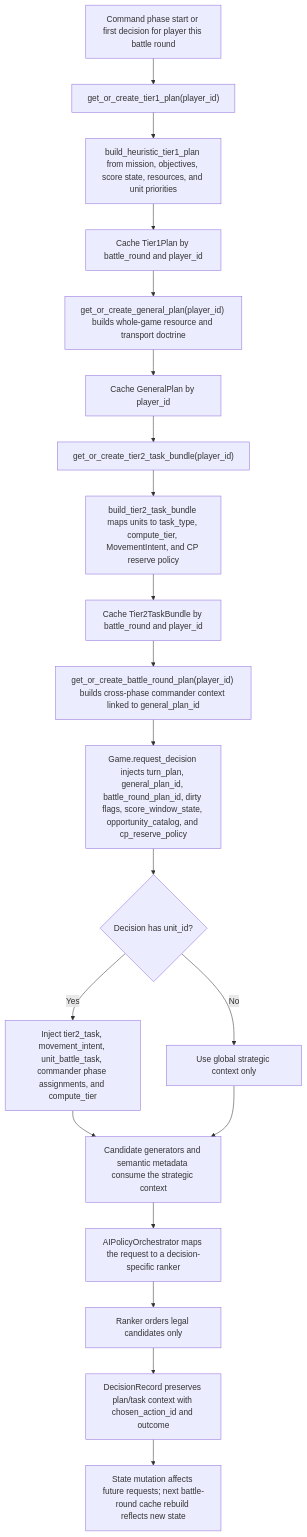
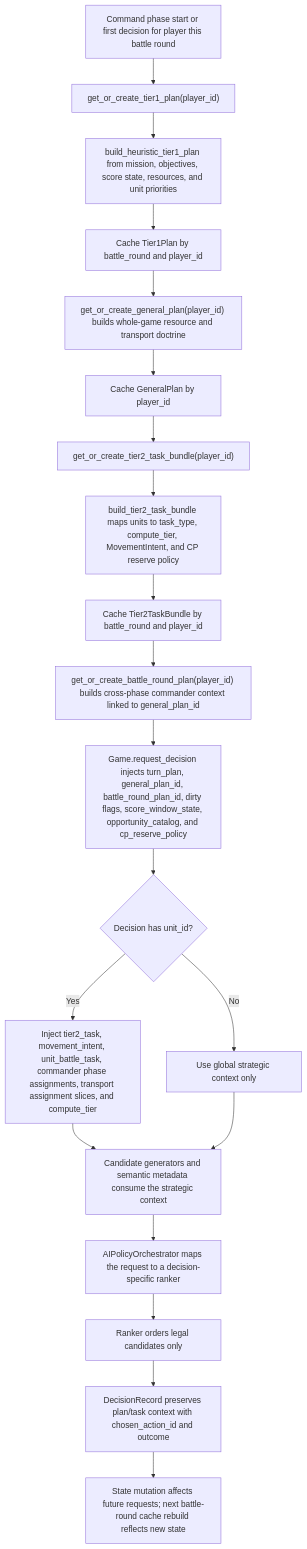
One commit to SobolGaming/Warhammer40k_AI changed the first of 8 diagrams in docs/AI_POLICY_ORCHESTRATION.md. Above: the diagram before and after it, drawn with Mermaid. The commit also changed 9 other files, not shown here.

Commit message:
Add commander transport intent

````diff
--- a/docs/AI_POLICY_ORCHESTRATION.md
+++ b/docs/AI_POLICY_ORCHESTRATION.md
@@ -145,22 +145,22 @@
 ```mermaid
 flowchart TD
   A["Command phase start or first decision for player this battle round"] --> B["get_or_create_tier1_plan(player_id)"]
   B --> C["build_heuristic_tier1_plan from mission, objectives, score state, resources, and unit priorities"]
   C --> D["Cache Tier1Plan by battle_round and player_id"]
   D --> E["get_or_create_general_plan(player_id) builds whole-game resource and transport doctrine"]
   E --> F["Cache GeneralPlan by player_id"]
   F --> G["get_or_create_tier2_task_bundle(player_id)"]
   G --> H["build_tier2_task_bundle maps units to task_type, compute_tier, MovementIntent, and CP reserve policy"]
   H --> I["Cache Tier2TaskBundle by battle_round and player_id"]
   I --> J["get_or_create_battle_round_plan(player_id) builds cross-phase commander context linked to general_plan_id"]
   J --> K["Game.request_decision injects turn_plan, general_plan_id, battle_round_plan_id, dirty flags, score_window_state, opportunity_catalog, and cp_reserve_policy"]
   K --> L{"Decision has unit_id?"}
-  L -->|"Yes"| M["Inject tier2_task, movement_intent, unit_battle_task, commander phase assignments, and compute_tier"]
+  L -->|"Yes"| M["Inject tier2_task, movement_intent, unit_battle_task, commander phase assignments, transport assignment slices, and compute_tier"]
   L -->|"No"| N["Use global strategic context only"]
   M --> O["Candidate generators and semantic metadata consume the strategic context"]
   N --> O
   O --> P["AIPolicyOrchestrator maps the request to a decision-specific ranker"]
   P --> Q["Ranker orders legal candidates only"]
   Q --> R["DecisionRecord preserves plan/task context with chosen_action_id and outcome"]
   R --> S["State mutation affects future requests; next battle-round cache rebuild reflects new state"]
 ```
````
